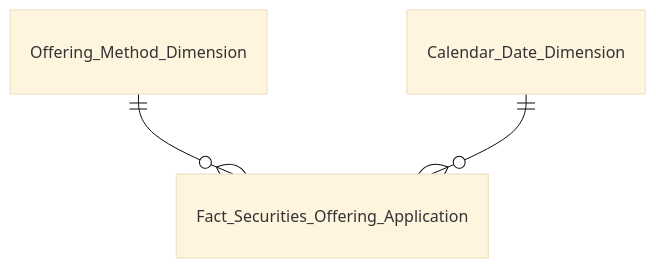
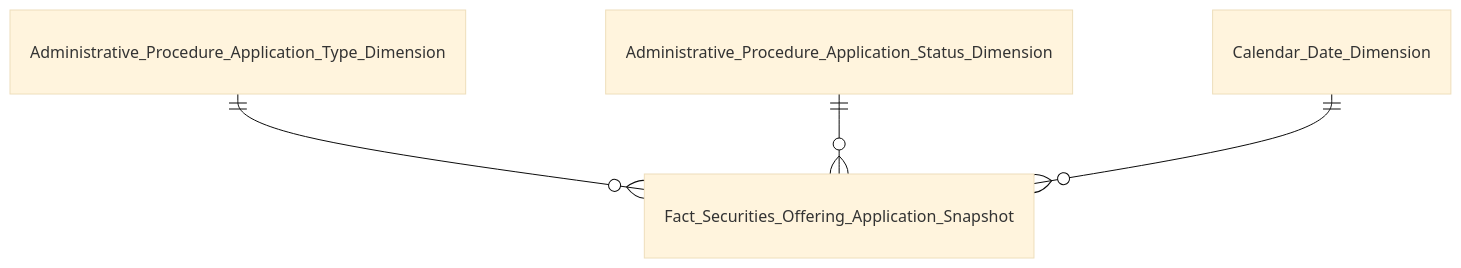
One commit to linhlvit/ubck_atomic_design changed the fifth of 5 diagrams in Datamart/hld/DTM_QLCB_Entities.md. Above: the diagram before and after it, drawn with Mermaid (base theme). The commit also changed other lines of this file and 13 other files, not shown here.

````diff
--- a/Datamart/hld/DTM_QLCB_Entities.md
+++ b/Datamart/hld/DTM_QLCB_Entities.md
@@ -91,5 +101,6 @@
 ```mermaid
 erDiagram
-    Offering_Method_Dimension ||--o{ Fact_Securities_Offering_Application : " "
-    Calendar_Date_Dimension ||--o{ Fact_Securities_Offering_Application : " "
+    Administrative_Procedure_Application_Type_Dimension ||--o{ Fact_Securities_Offering_Application_Snapshot : " "
+    Administrative_Procedure_Application_Status_Dimension ||--o{ Fact_Securities_Offering_Application_Snapshot : " "
+    Calendar_Date_Dimension ||--o{ Fact_Securities_Offering_Application_Snapshot : " "
 ```
````
